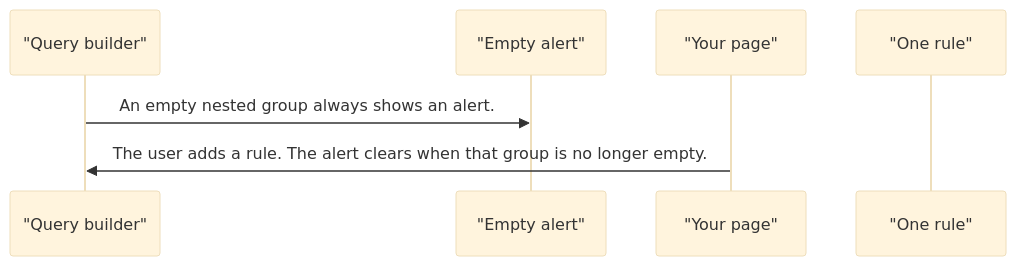
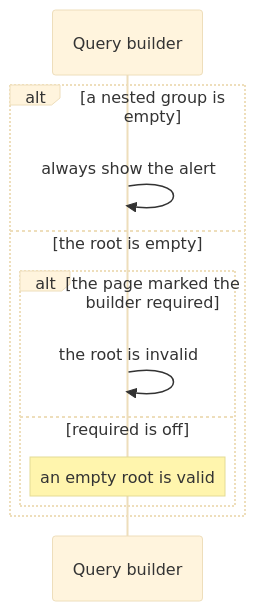
The fourth of 4 diagrams in projects/pixel-ui/src/lib/pixel-query-builder/DESIGN.md (RajshekharBorate/pixel-ui), drawn with Mermaid (base theme) before and after one commit. The commit also changed other lines of this file and 73 other files, not shown here.

Commit message:
Explain who owns each value and what each flow does in every component and service design.

````diff
--- a/projects/pixel-ui/src/lib/pixel-query-builder/DESIGN.md
+++ b/projects/pixel-ui/src/lib/pixel-query-builder/DESIGN.md
@@ -82,9 +101,13 @@
 ```mermaid
 sequenceDiagram
-  participant builder as "Query builder"
-  participant alert as "Empty alert"
-  participant page as "Your page"
-  participant rule as "One rule"
-  builder->>alert: An empty nested group always shows an alert.
-  page->>builder: The user adds a rule. The alert clears when that group is no longer empty.
+  participant Builder as Query builder
+  alt a nested group is empty
+    Builder->>Builder: always show the alert
+  else the root is empty
+    alt the page marked the builder required
+      Builder->>Builder: the root is invalid
+    else required is off
+      Note over Builder: an empty root is valid
+    end
+  end
 ```
````
